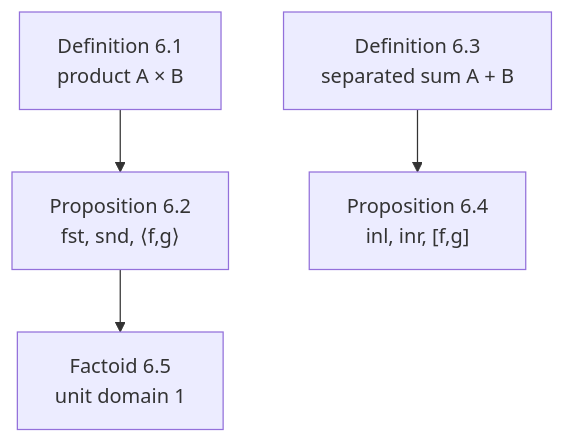
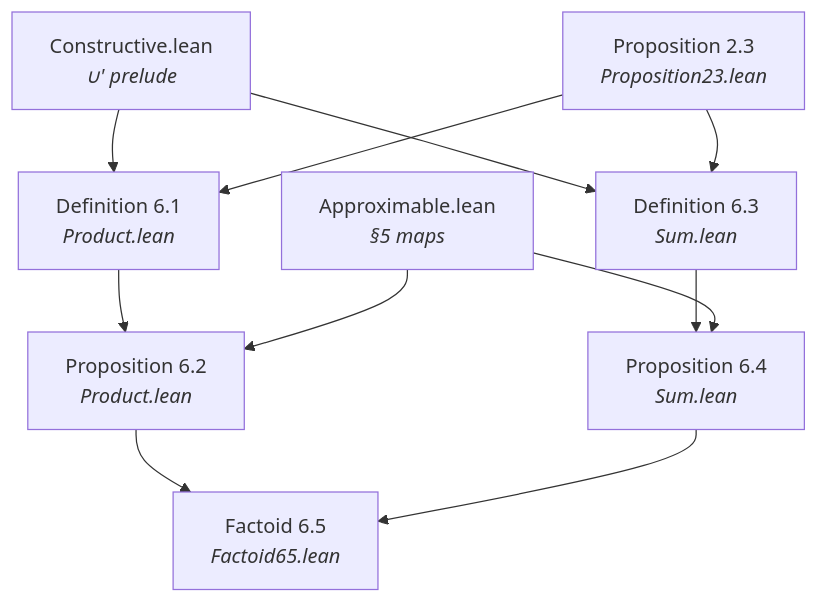
One commit to catskillsresearch/scott1982 changed the eighth of 10 diagrams in arxiv.md. Above: the diagram before and after it, drawn with Mermaid. The commit also changed other lines of this file and 2 other files, not shown here.

Commit message:
Formalize Definition 6.1 productSystem and revise the §6 mermaid.
Add ProdToken/fst/snd projections and the InfoSys instance for A × B, and align the products-and-sums diagram with Lean module dependencies.

````diff
--- a/arxiv.md
+++ b/arxiv.md
@@ -448,10 +448,21 @@
 ```mermaid
 flowchart TD
-  D61["Definition 6.1<br/>product A × B"]
-  P62["Proposition 6.2<br/>fst, snd, ⟨f,g⟩"]
-  D63["Definition 6.3<br/>separated sum A + B"]
-  P64["Proposition 6.4<br/>inl, inr, [f,g]"]
-  F65["Factoid 6.5<br/>unit domain 1"]
-  D61 --> P62 --> F65
+  C["Constructive.lean<br/><i>∪' prelude</i>"]
+  P23["Proposition 2.3<br/><i>Proposition23.lean</i>"]
+  Ap["Approximable.lean<br/><i>§5 maps</i>"]
+  D61["Definition 6.1<br/><i>Product.lean</i>"]
+  P62["Proposition 6.2<br/><i>Product.lean</i>"]
+  D63["Definition 6.3<br/><i>Sum.lean</i>"]
+  P64["Proposition 6.4<br/><i>Sum.lean</i>"]
+  F65["Factoid 6.5<br/><i>Factoid65.lean</i>"]
+  C --> D61
+  P23 --> D61
+  D61 --> P62
+  Ap --> P62
+  C --> D63
+  P23 --> D63
   D63 --> P64
+  Ap --> P64
+  P62 --> F65
+  P64 --> F65
 ```
````
